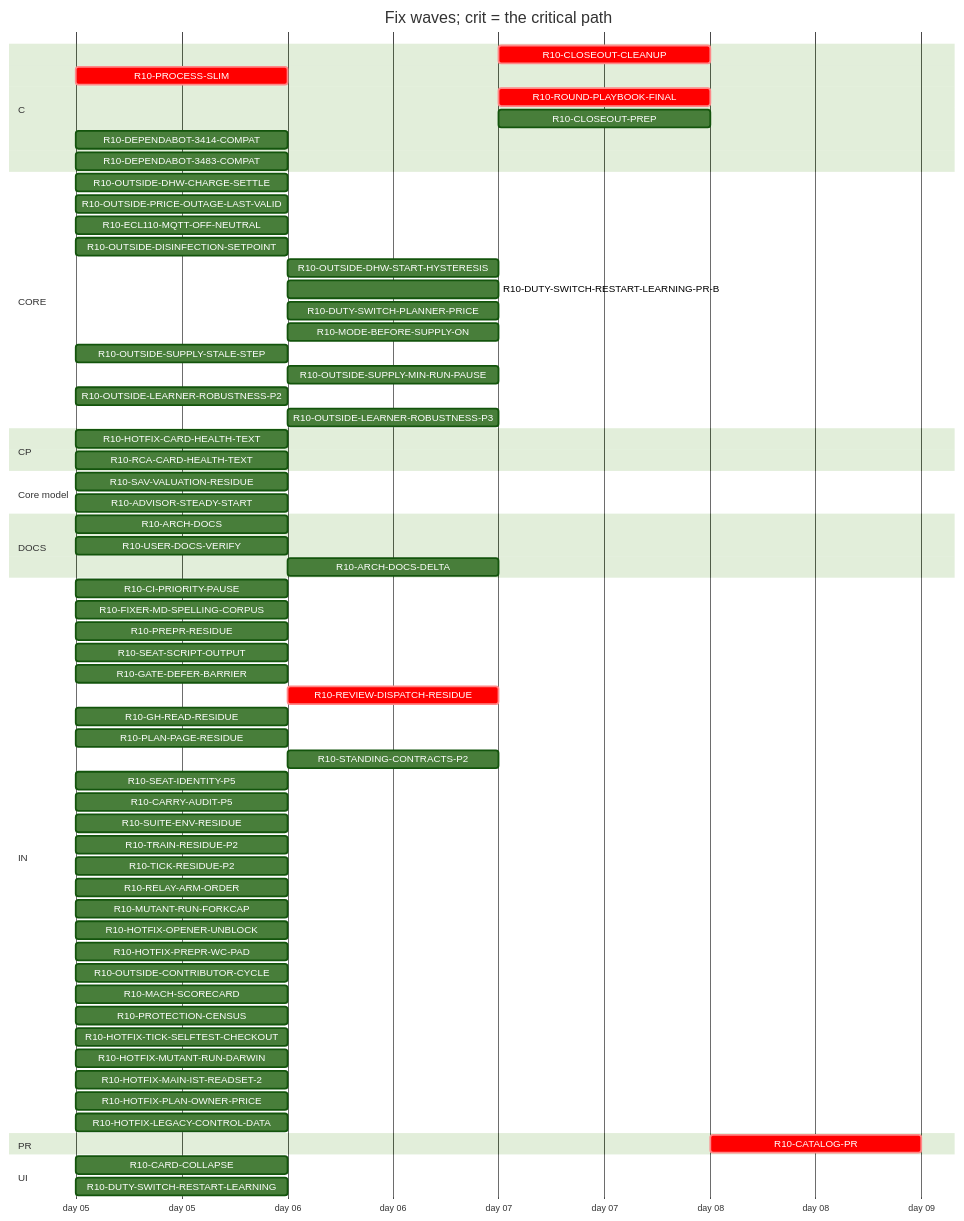
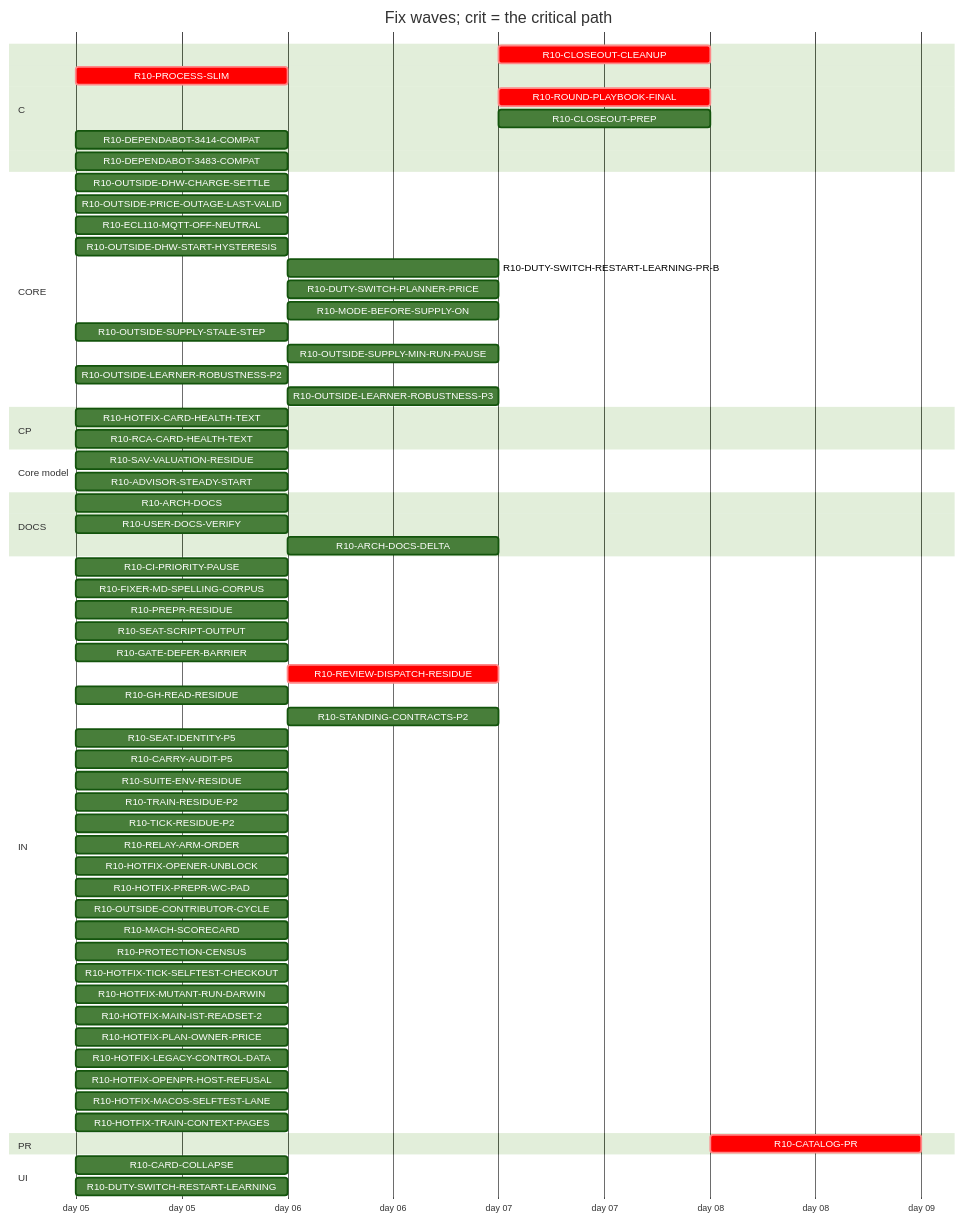
One commit to tvofi/heatpump_optimizer changed the diagram in handoff/round10/state/PLAN-TABLE.md. Above: the diagram before and after it, drawn with Mermaid (forest theme). The commit also changed other lines of this file and 3 other files, not shown here.

Commit message:
state: FLOW-BOARD.md, NEXT-SESSION-PROMPT.md, PLAN-TABLE.md, RESUME-CURRENT.md regenerated (state_docs.py)

````diff
--- a/handoff/round10/state/PLAN-TABLE.md
+++ b/handoff/round10/state/PLAN-TABLE.md
@@ -21,68 +21,68 @@
 ```mermaid
 gantt
   title Fix waves; crit = the critical path
   dateFormat YYYY-MM-DD
   axisFormat day %d
   section C
     R10-CLOSEOUT-CLEANUP :crit, r10CLOSEOUTCLEANUP, after r10ARCHDOCS r10USERDOCSVERIFY r10ROUNDPLAYBOOKFINAL r10CLOSEOUTPREP r10ARCHDOCSDELTA, 1d
     R10-PROCESS-SLIM :crit, r10PROCESSSLIM, 2026-01-05, 1d
-    R10-ROUND-PLAYBOOK-FINAL :crit, r10ROUNDPLAYBOOKFINAL, after r10PROCESSSLIM r10FIXERMDSPELLINGCORPUS r10PREPRRESIDUE r10SEATSCRIPTOUTPUT r10REVIEWDISPATCHRESIDUE r10CARRYAUDITP5 r10SEATIDENTITYP5 r10STANDINGCONTRACTSP2 r10PLANPAGERESIDUE r10GHREADRESIDUE r10SUITEENVRESIDUE r10GATEDEFERBARRIER, 1d
-    R10-CLOSEOUT-PREP :r10CLOSEOUTPREP, after r10ARCHDOCS r10PROCESSSLIM r10FIXERMDSPELLINGCORPUS r10PREPRRESIDUE r10SEATSCRIPTOUTPUT r10REVIEWDISPATCHRESIDUE r10CARRYAUDITP5 r10SEATIDENTITYP5 r10STANDINGCONTRACTSP2 r10PLANPAGERESIDUE r10GHREADRESIDUE r10SUITEENVRESIDUE r10GATEDEFERBARRIER, 1d
+    R10-ROUND-PLAYBOOK-FINAL :crit, r10ROUNDPLAYBOOKFINAL, after r10PROCESSSLIM r10FIXERMDSPELLINGCORPUS r10PREPRRESIDUE r10SEATSCRIPTOUTPUT r10REVIEWDISPATCHRESIDUE r10CARRYAUDITP5 r10SEATIDENTITYP5 r10STANDINGCONTRACTSP2 r10GHREADRESIDUE r10SUITEENVRESIDUE r10GATEDEFERBARRIER, 1d
+    R10-CLOSEOUT-PREP :r10CLOSEOUTPREP, after r10ARCHDOCS r10PROCESSSLIM r10FIXERMDSPELLINGCORPUS r10PREPRRESIDUE r10SEATSCRIPTOUTPUT r10REVIEWDISPATCHRESIDUE r10CARRYAUDITP5 r10SEATIDENTITYP5 r10STANDINGCONTRACTSP2 r10GHREADRESIDUE r10SUITEENVRESIDUE r10GATEDEFERBARRIER, 1d
     R10-DEPENDABOT-3414-COMPAT :r10DEPENDABOT3414COMPAT, 2026-01-05, 1d
     R10-DEPENDABOT-3483-COMPAT :r10DEPENDABOT3483COMPAT, 2026-01-05, 1d
   section CORE
     R10-OUTSIDE-DHW-CHARGE-SETTLE :r10OUTSIDEDHWCHARGESETTLE, 2026-01-05, 1d
     R10-OUTSIDE-PRICE-OUTAGE-LAST-VALID :r10OUTSIDEPRICEOUTAGELASTVALID, 2026-01-05, 1d
     R10-ECL110-MQTT-OFF-NEUTRAL :r10ECL110MQTTOFFNEUTRAL, 2026-01-05, 1d
-    R10-OUTSIDE-DISINFECTION-SETPOINT :r10OUTSIDEDISINFECTIONSETPOINT, 2026-01-05, 1d
-    R10-OUTSIDE-DHW-START-HYSTERESIS :r10OUTSIDEDHWSTARTHYSTERESIS, after r10OUTSIDEDISINFECTIONSETPOINT, 1d
+    R10-OUTSIDE-DHW-START-HYSTERESIS :r10OUTSIDEDHWSTARTHYSTERESIS, 2026-01-05, 1d
     R10-DUTY-SWITCH-RESTART-LEARNING-PR-B :r10DUTYSWITCHRESTARTLEARNINGPRB, after r10DUTYSWITCHRESTARTLEARNING, 1d
     R10-DUTY-SWITCH-PLANNER-PRICE :r10DUTYSWITCHPLANNERPRICE, after r10DUTYSWITCHRESTARTLEARNING, 1d
     R10-MODE-BEFORE-SUPPLY-ON :r10MODEBEFORESUPPLYON, after r10DUTYSWITCHRESTARTLEARNING, 1d
     R10-OUTSIDE-SUPPLY-STALE-STEP :r10OUTSIDESUPPLYSTALESTEP, 2026-01-05, 1d
     R10-OUTSIDE-SUPPLY-MIN-RUN-PAUSE :r10OUTSIDESUPPLYMINRUNPAUSE, after r10OUTSIDESUPPLYSTALESTEP, 1d
     R10-OUTSIDE-LEARNER-ROBUSTNESS-P2 :r10OUTSIDELEARNERROBUSTNESSP2, 2026-01-05, 1d
     R10-OUTSIDE-LEARNER-ROBUSTNESS-P3 :r10OUTSIDELEARNERROBUSTNESSP3, after r10OUTSIDELEARNERROBUSTNESSP2, 1d
   section CP
     R10-HOTFIX-CARD-HEALTH-TEXT :r10HOTFIXCARDHEALTHTEXT, 2026-01-05, 1d
     R10-RCA-CARD-HEALTH-TEXT :r10RCACARDHEALTHTEXT, 2026-01-05, 1d
   section Core model
     R10-SAV-VALUATION-RESIDUE :r10SAVVALUATIONRESIDUE, 2026-01-05, 1d
     R10-ADVISOR-STEADY-START :r10ADVISORSTEADYSTART, 2026-01-05, 1d
   section DOCS
     R10-ARCH-DOCS :r10ARCHDOCS, 2026-01-05, 1d
     R10-USER-DOCS-VERIFY :r10USERDOCSVERIFY, 2026-01-05, 1d
     R10-ARCH-DOCS-DELTA :r10ARCHDOCSDELTA, after r10ARCHDOCS r10SAVVALUATIONRESIDUE r10ADVISORSTEADYSTART r10PROCESSSLIM, 1d
   section IN
     R10-CI-PRIORITY-PAUSE :r10CIPRIORITYPAUSE, 2026-01-05, 1d
     R10-FIXER-MD-SPELLING-CORPUS :r10FIXERMDSPELLINGCORPUS, 2026-01-05, 1d
     R10-PREPR-RESIDUE :r10PREPRRESIDUE, 2026-01-05, 1d
     R10-SEAT-SCRIPT-OUTPUT :r10SEATSCRIPTOUTPUT, 2026-01-05, 1d
     R10-GATE-DEFER-BARRIER :r10GATEDEFERBARRIER, 2026-01-05, 1d
     R10-REVIEW-DISPATCH-RESIDUE :crit, r10REVIEWDISPATCHRESIDUE, after r10PROCESSSLIM, 1d
     R10-GH-READ-RESIDUE :r10GHREADRESIDUE, 2026-01-05, 1d
-    R10-PLAN-PAGE-RESIDUE :r10PLANPAGERESIDUE, 2026-01-05, 1d
     R10-STANDING-CONTRACTS-P2 :r10STANDINGCONTRACTSP2, after r10FIXERMDSPELLINGCORPUS, 1d
     R10-SEAT-IDENTITY-P5 :r10SEATIDENTITYP5, 2026-01-05, 1d
     R10-CARRY-AUDIT-P5 :r10CARRYAUDITP5, 2026-01-05, 1d
     R10-SUITE-ENV-RESIDUE :r10SUITEENVRESIDUE, 2026-01-05, 1d
     R10-TRAIN-RESIDUE-P2 :r10TRAINRESIDUEP2, 2026-01-05, 1d
     R10-TICK-RESIDUE-P2 :r10TICKRESIDUEP2, 2026-01-05, 1d
     R10-RELAY-ARM-ORDER :r10RELAYARMORDER, 2026-01-05, 1d
-    R10-MUTANT-RUN-FORKCAP :r10MUTANTRUNFORKCAP, 2026-01-05, 1d
     R10-HOTFIX-OPENER-UNBLOCK :r10HOTFIXOPENERUNBLOCK, 2026-01-05, 1d
     R10-HOTFIX-PREPR-WC-PAD :r10HOTFIXPREPRWCPAD, 2026-01-05, 1d
     R10-OUTSIDE-CONTRIBUTOR-CYCLE :r10OUTSIDECONTRIBUTORCYCLE, 2026-01-05, 1d
     R10-MACH-SCORECARD :r10MACHSCORECARD, 2026-01-05, 1d
     R10-PROTECTION-CENSUS :r10PROTECTIONCENSUS, 2026-01-05, 1d
     R10-HOTFIX-TICK-SELFTEST-CHECKOUT :r10HOTFIXTICKSELFTESTCHECKOUT, 2026-01-05, 1d
     R10-HOTFIX-MUTANT-RUN-DARWIN :r10HOTFIXMUTANTRUNDARWIN, 2026-01-05, 1d
     R10-HOTFIX-MAIN-IST-READSET-2 :r10HOTFIXMAINISTREADSET2, 2026-01-05, 1d
     R10-HOTFIX-PLAN-OWNER-PRICE :r10HOTFIXPLANOWNERPRICE, 2026-01-05, 1d
     R10-HOTFIX-LEGACY-CONTROL-DATA :r10HOTFIXLEGACYCONTROLDATA, 2026-01-05, 1d
+    R10-HOTFIX-OPENPR-HOST-REFUSAL :r10HOTFIXOPENPRHOSTREFUSAL, 2026-01-05, 1d
+    R10-HOTFIX-MACOS-SELFTEST-LANE :r10HOTFIXMACOSSELFTESTLANE, 2026-01-05, 1d
+    R10-HOTFIX-TRAIN-CONTEXT-PAGES :r10HOTFIXTRAINCONTEXTPAGES, 2026-01-05, 1d
   section PR
     R10-CATALOG-PR :crit, r10CATALOGPR, after r10USERDOCSVERIFY r10ARCHDOCS r10ROUNDPLAYBOOKFINAL r10CLOSEOUTCLEANUP r10CLOSEOUTPREP r10ARCHDOCSDELTA, 1d
   section UI
     R10-CARD-COLLAPSE :r10CARDCOLLAPSE, 2026-01-05, 1d
     R10-DUTY-SWITCH-RESTART-LEARNING :r10DUTYSWITCHRESTARTLEARNING, 2026-01-05, 1d
 ```
````
